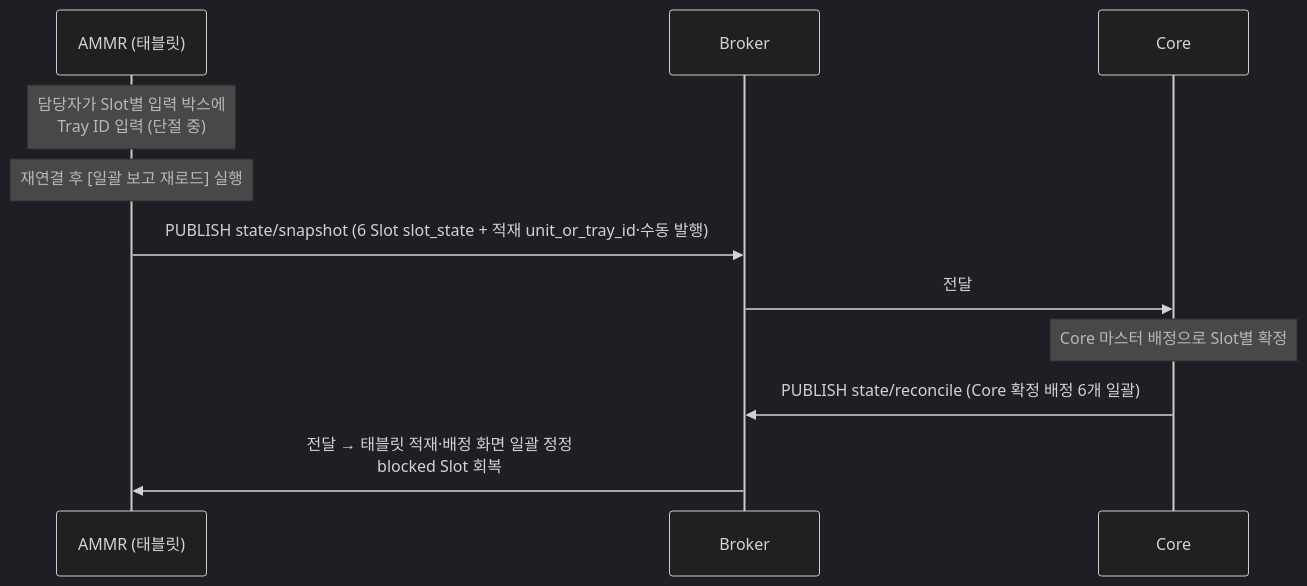
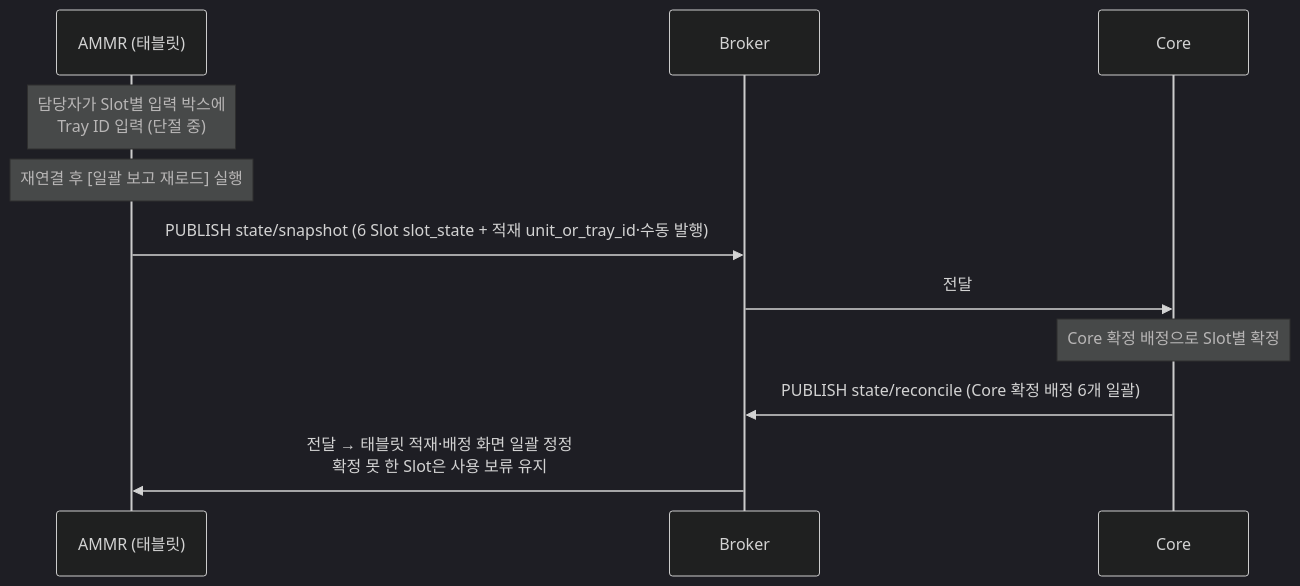
One commit to kimminsu0315/Core-Docs changed the tenth of 13 diagrams in docs/out/Core_ICD_AMMR.md. Above: the diagram before and after it, drawn with Mermaid (dark theme). The commit also changed other lines of this file and 7 other files, not shown here.

````diff
--- a/docs/out/Core_ICD_AMMR.md
+++ b/docs/out/Core_ICD_AMMR.md
@@ -1238,14 +1292,14 @@
 ```mermaid
 sequenceDiagram
     participant A as AMMR (태블릿)
     participant B as Broker
     participant C as Core
 
     Note over A: 담당자가 Slot별 입력 박스에<br/>Tray ID 입력 (단절 중)
     Note over A: 재연결 후 [일괄 보고 재로드] 실행
     A->>B: PUBLISH state/snapshot (6 Slot slot_state + 적재 unit_or_tray_id·수동 발행)
     B->>C: 전달
-    Note over C: Core 마스터 배정으로 Slot별 확정
+    Note over C: Core 확정 배정으로 Slot별 확정
     C->>B: PUBLISH state/reconcile (Core 확정 배정 6개 일괄)
-    B->>A: 전달 → 태블릿 적재·배정 화면 일괄 정정<br/>blocked Slot 회복
+    B->>A: 전달 → 태블릿 적재·배정 화면 일괄 정정<br/>확정 못 한 Slot은 사용 보류 유지
 ```
````
